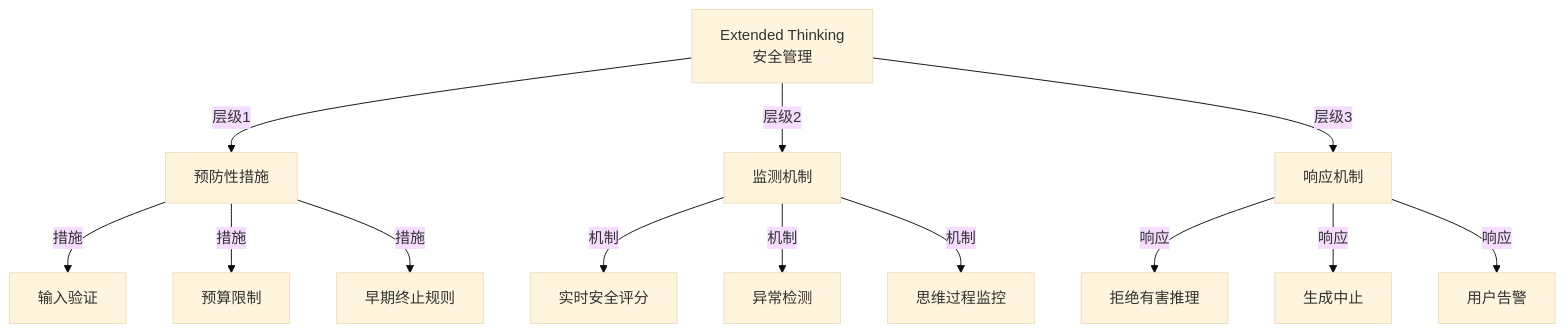
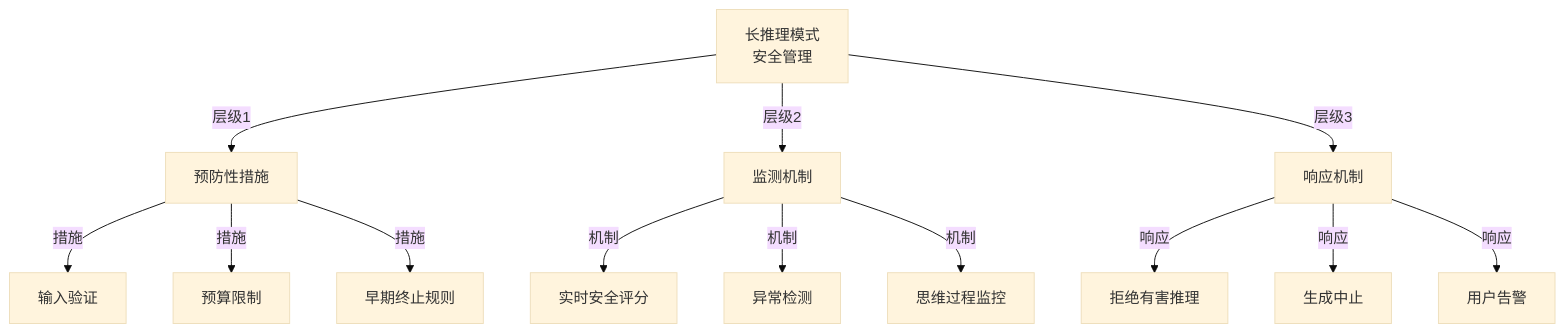
One commit to yeasy/ai_security_guide changed the fifth of 6 diagrams in 02_fundamentals/2.5_reasoning_model_security.md. Above: the diagram before and after it, drawn with Mermaid (base theme). The commit also changed other lines of this file and 25 other files, not shown here.

````diff
--- a/02_fundamentals/2.5_reasoning_model_security.md
+++ b/02_fundamentals/2.5_reasoning_model_security.md
@@ -573,18 +562,18 @@
 ```mermaid
 graph TD
-    A["Extended Thinking<br/>安全管理"] -->|层级1| B["预防性措施"]
+    A["长推理模式<br/>安全管理"] -->|层级1| B["预防性措施"]
     A -->|层级2| C["监测机制"]
     A -->|层级3| D["响应机制"]
 
     B -->|措施| B1["输入验证"]
     B -->|措施| B2["预算限制"]
     B -->|措施| B3["早期终止规则"]
 
     C -->|机制| C1["实时安全评分"]
     C -->|机制| C2["异常检测"]
     C -->|机制| C3["思维过程监控"]
 
     D -->|响应| D1["拒绝有害推理"]
     D -->|响应| D2["生成中止"]
     D -->|响应| D3["用户告警"]
 ```
````
